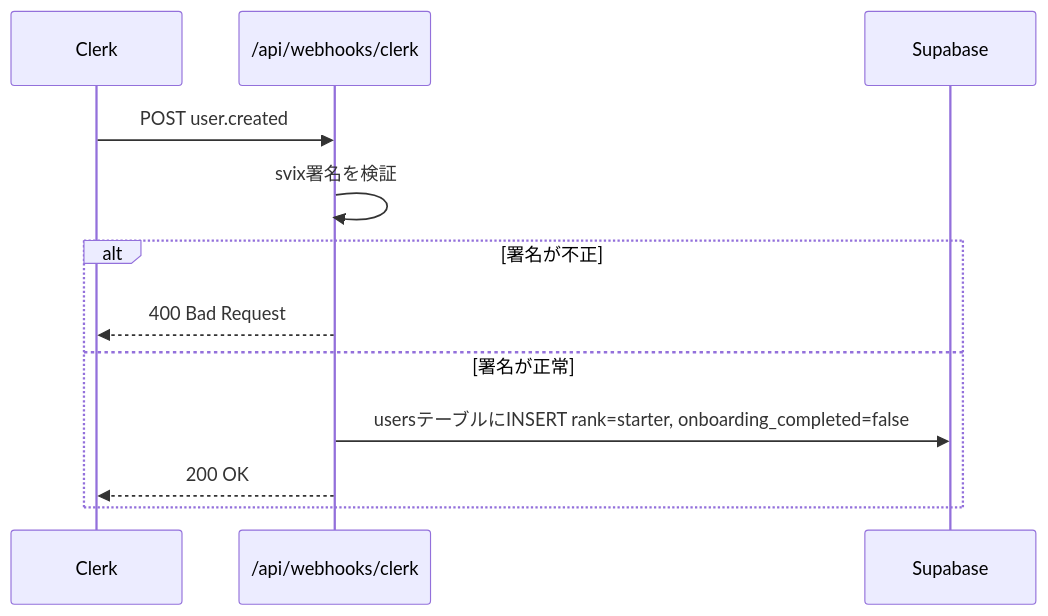
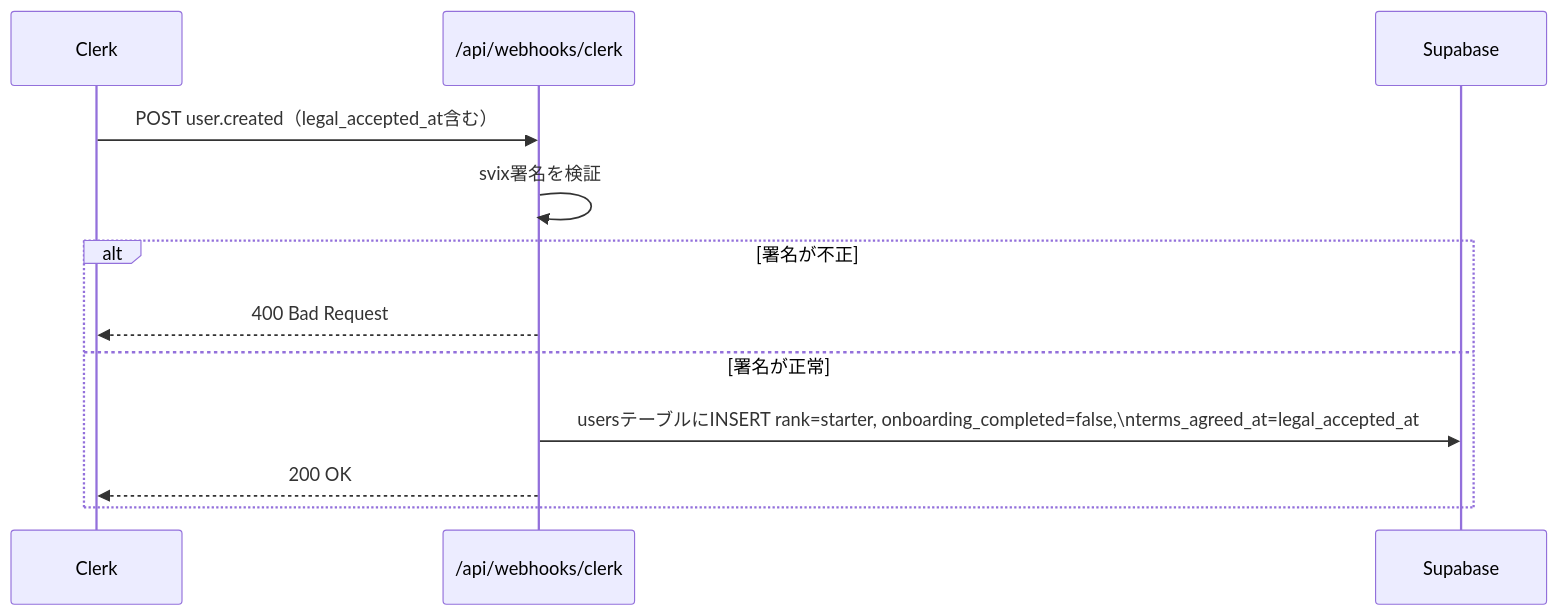
The fourth of 6 diagrams in docs/signup-flow.md (wknd-studio/brand-closed-ec), drawn with Mermaid before and after one commit. The commit also changed other lines of this file and 19 other files, not shown here.

````diff
--- a/docs/signup-flow.md
+++ b/docs/signup-flow.md
@@ -102,15 +99,15 @@
 ```mermaid
 sequenceDiagram
     participant Clerk
     participant Webhook as /api/webhooks/clerk
     participant DB as Supabase
 
-    Clerk->>Webhook: POST user.created
+    Clerk->>Webhook: POST user.created（legal_accepted_at含む）
     Webhook->>Webhook: svix署名を検証
     alt 署名が不正
         Webhook-->>Clerk: 400 Bad Request
     else 署名が正常
-        Webhook->>DB: usersテーブルにINSERT rank=starter, onboarding_completed=false
+        Webhook->>DB: usersテーブルにINSERT rank=starter, onboarding_completed=false,\nterms_agreed_at=legal_accepted_at
         Webhook-->>Clerk: 200 OK
     end
 ```
````
